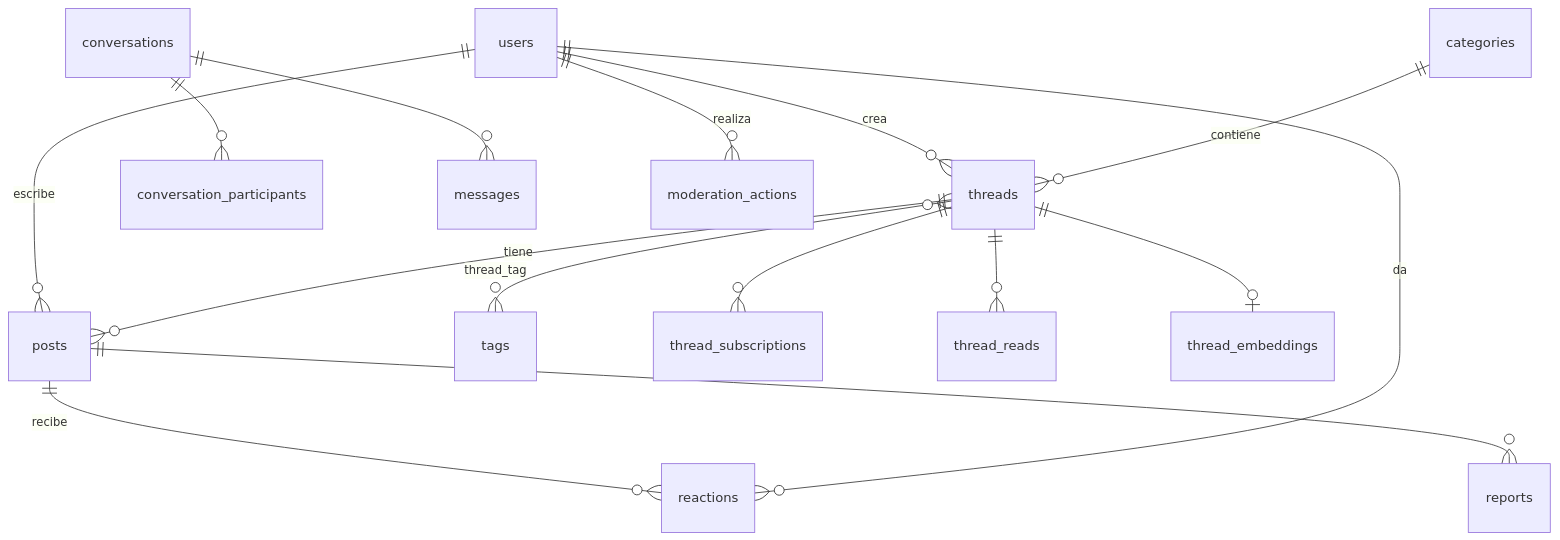
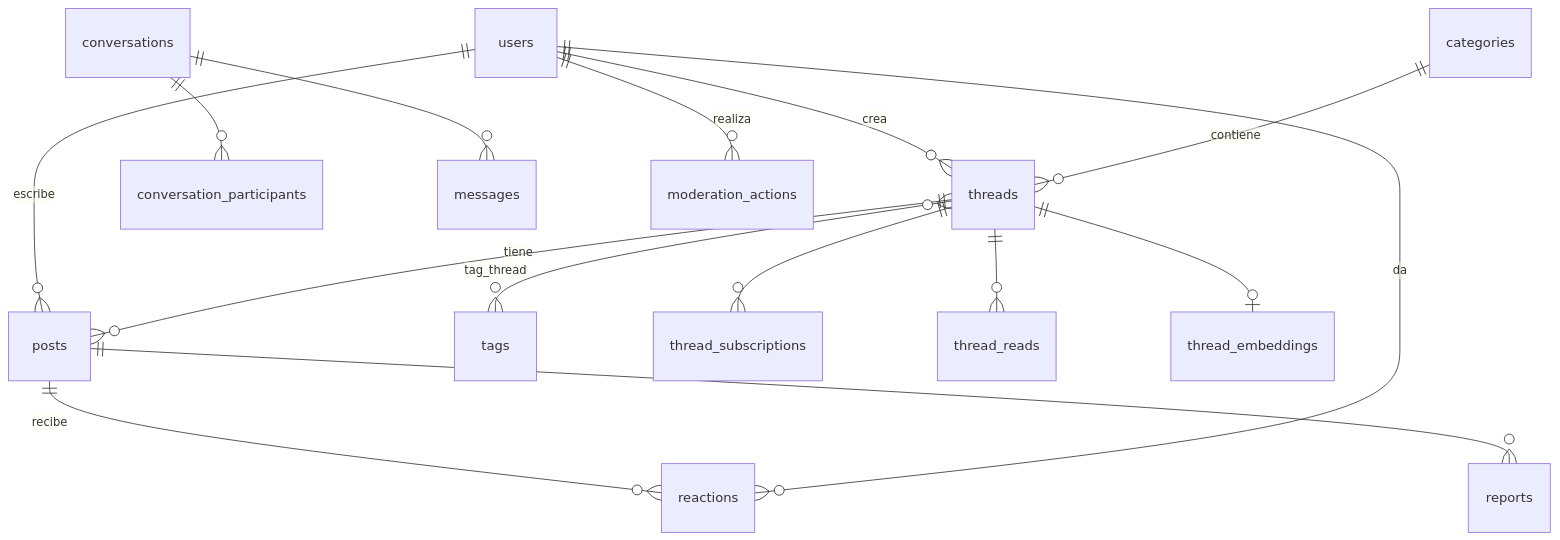
One commit to jaisato/laravel-forum changed the fourth of 4 diagrams in docs/02-arquitectura.md. Above: the diagram before and after it, drawn with Mermaid. The commit also changed 21 other files, not shown here.

````diff
--- a/docs/02-arquitectura.md
+++ b/docs/02-arquitectura.md
@@ -360,17 +360,17 @@
 ```mermaid
 erDiagram
     users ||--o{ threads : crea
     users ||--o{ posts : escribe
     categories ||--o{ threads : contiene
     threads ||--o{ posts : tiene
-    threads }o--o{ tags : "thread_tag"
+    threads }o--o{ tags : "tag_thread"
     posts ||--o{ reactions : recibe
     users ||--o{ reactions : da
     threads ||--o{ thread_subscriptions : ""
     threads ||--o{ thread_reads : ""
     posts ||--o{ reports : ""
     threads ||--o| thread_embeddings : ""
     conversations ||--o{ conversation_participants : ""
     conversations ||--o{ messages : ""
     users ||--o{ moderation_actions : realiza
 ```
````
